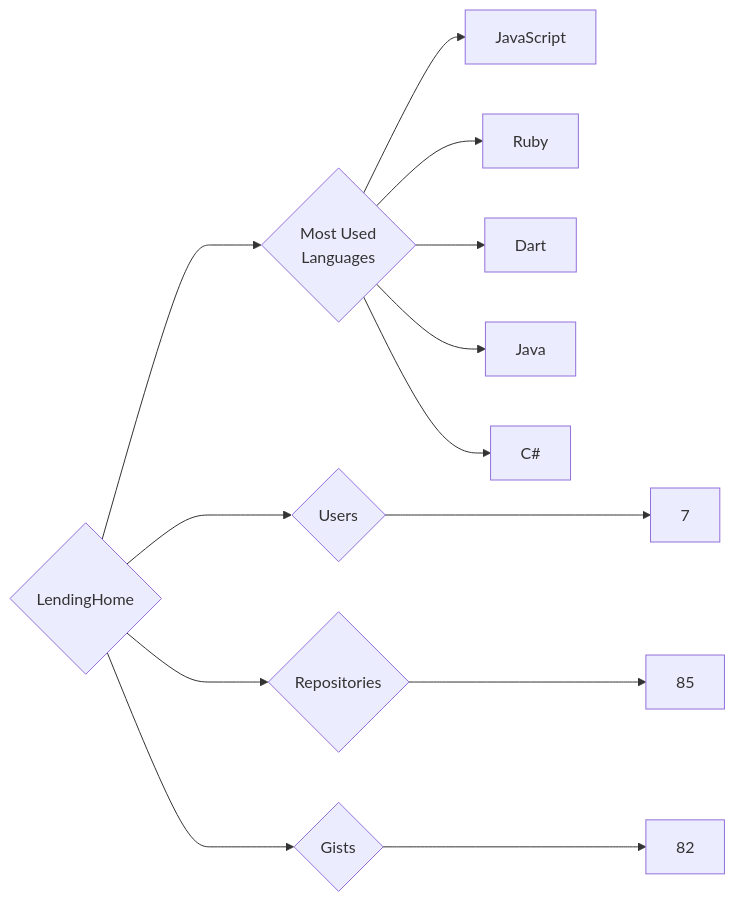
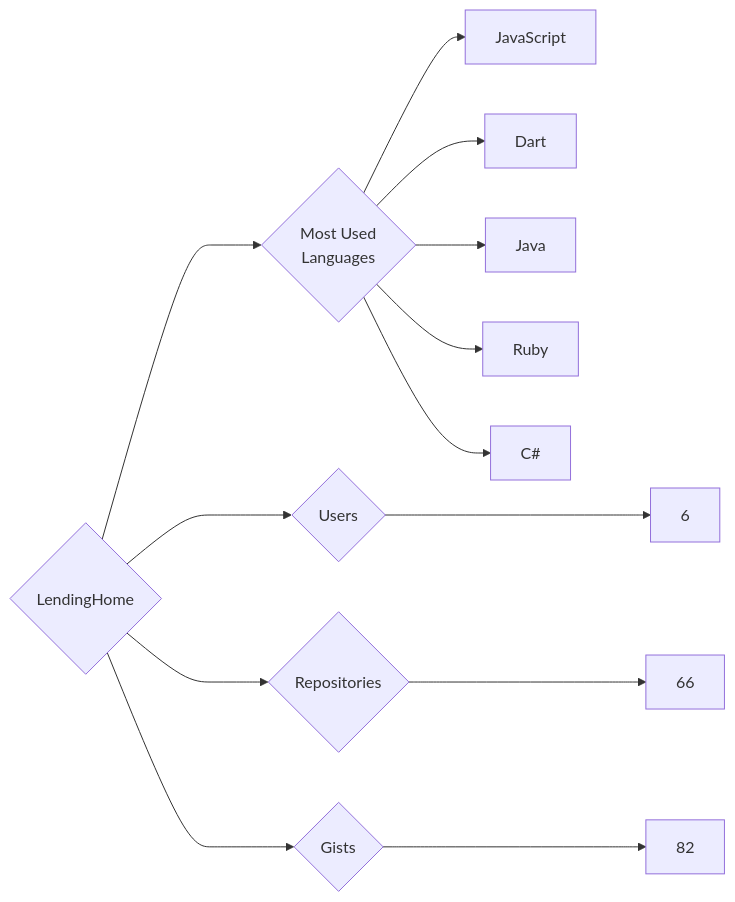
One commit to trickest/insiders changed the diagram in targets/LendingHome/README.md. Above: the diagram before and after it, drawn with Mermaid. The commit also changed 847 other files, not shown here.

````diff
--- a/targets/LendingHome/README.md
+++ b/targets/LendingHome/README.md
@@ -3,13 +3,13 @@
 ```mermaid
 graph LR
 COMPANY_NAME{LendingHome}
-COMPANY_NAME ---> U{Users} ---> UN[7]
-COMPANY_NAME ---> R{Repositories} ---> RN[85]
+COMPANY_NAME ---> U{Users} ---> UN[6]
+COMPANY_NAME ---> R{Repositories} ---> RN[66]
 COMPANY_NAME ---> G{Gists} ---> GN[82]
 COMPANY_NAME ---> ML{Most Used<br>Languages}
 ML --> JavaScript[JavaScript]
-ML --> Ruby[Ruby]
 ML --> Dart[Dart]
 ML --> Java[Java]
+ML --> Ruby[Ruby]
 ML --> C#[C#]
 ```
````
